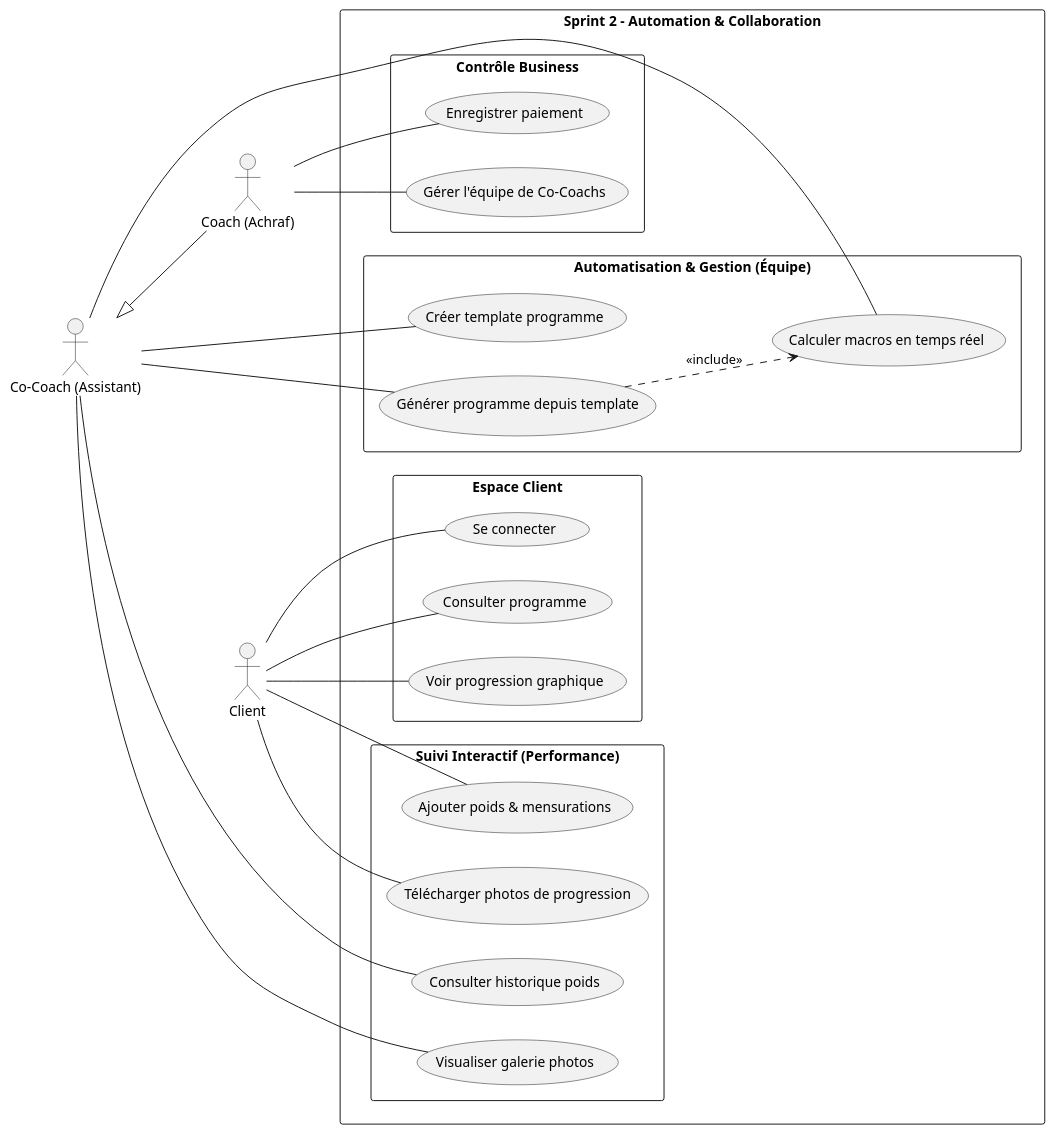
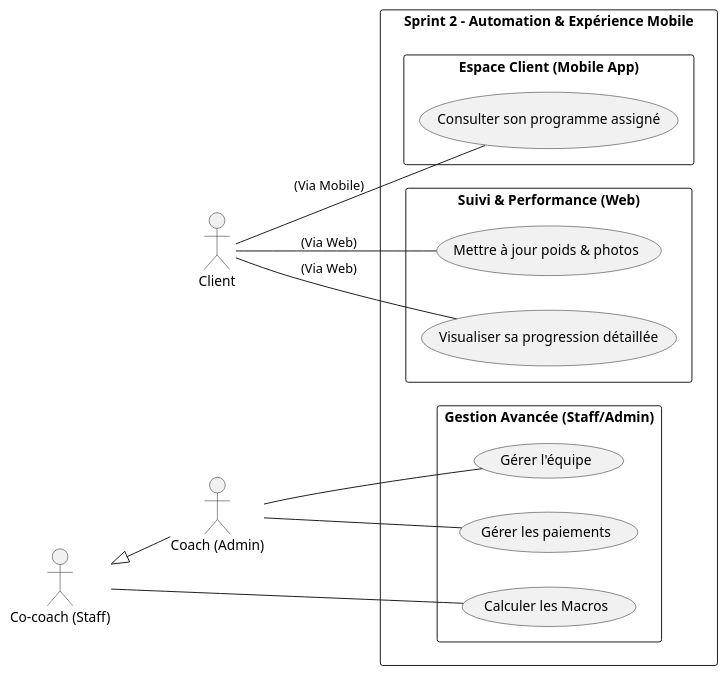
Before and after one commit to BenTaleb-Mehdi/Project-PFE: the diagram in Analyse/usecase-diagramme/use-case-sprint2.plantuml, drawn with PlantUML. The commit also changed 11 other files, not shown here.

```diff
--- a/Analyse/usecase-diagramme/use-case-sprint2.plantuml
+++ b/Analyse/usecase-diagramme/use-case-sprint2.plantuml
@@ -1,43 +1,41 @@
 @startuml
 left to right direction
 skinparam packageStyle rectangle
 skinparam shadowing false
 
-actor "Coach (Achraf)" as Admin
-actor "Co-Coach (Assistant)" as Staff
+' Actors
 actor "Client" as Client
+actor "Co-coach (Staff)" as Staff
+actor "Coach (Admin)" as Admin
 
-' Héritage : Le Coach a accès à toutes les fonctions de l'assistant
-Admin -up-|> Staff
+' Hierarchy
+Staff <|-- Admin
 
-rectangle "Sprint 2 - Automation & Collaboration" {
+rectangle "Sprint 2 - Automation & Expérience Mobile" {
 
-  package "Automatisation & Gestion (Équipe)" {
-    Staff -- (Créer template programme)
-    Staff -- (Générer programme depuis template)
-    Staff -- (Calculer macros en temps réel)
-    (Générer programme depuis template) ..> (Calculer macros en temps réel) : <<include>>
+  package "Espace Client (Mobile App)" {
+    usecase "Consulter son programme assigné" as ViewProg
   }
 
-  package "Suivi Interactif (Performance)" {
-    ' Actions du Client pour alimenter le système
-    Client -- (Ajouter poids & mensurations)
-    Client -- (Télécharger photos de progression)
-    
-    ' Actions du Staff pour analyser les résultats
-    Staff -- (Consulter historique poids)
-    Staff -- (Visualiser galerie photos)
+  package "Suivi & Performance (Web)" {
+    usecase "Mettre à jour poids & photos" as UpdateStats
+    usecase "Visualiser sa progression détaillée" as ViewProgress
   }
 
-  package "Contrôle Business" {
-    Admin -- (Enregistrer paiement)
-    Admin -- (Gérer l'équipe de Co-Coachs)
-  }
-
-  package "Espace Client" {
-    Client -- (Se connecter)
-    Client -- (Consulter programme)
-    Client -- (Voir progression graphique)
+  package "Gestion Avancée (Staff/Admin)" {
+    usecase "Calculer les Macros" as CalcMacros
+    usecase "Gérer l'équipe" as ManageStaff
+    usecase "Gérer les paiements" as ManageMoney
   }
 }
+
+' Relations
+Client -- ViewProg : "(Via Mobile)"
+Client -- UpdateStats : "(Via Web)"
+Client -- ViewProgress : "(Via Web)"
+
+Staff -- CalcMacros
+Admin -- ManageStaff
+Admin -- ManageMoney
+
 @enduml
```
